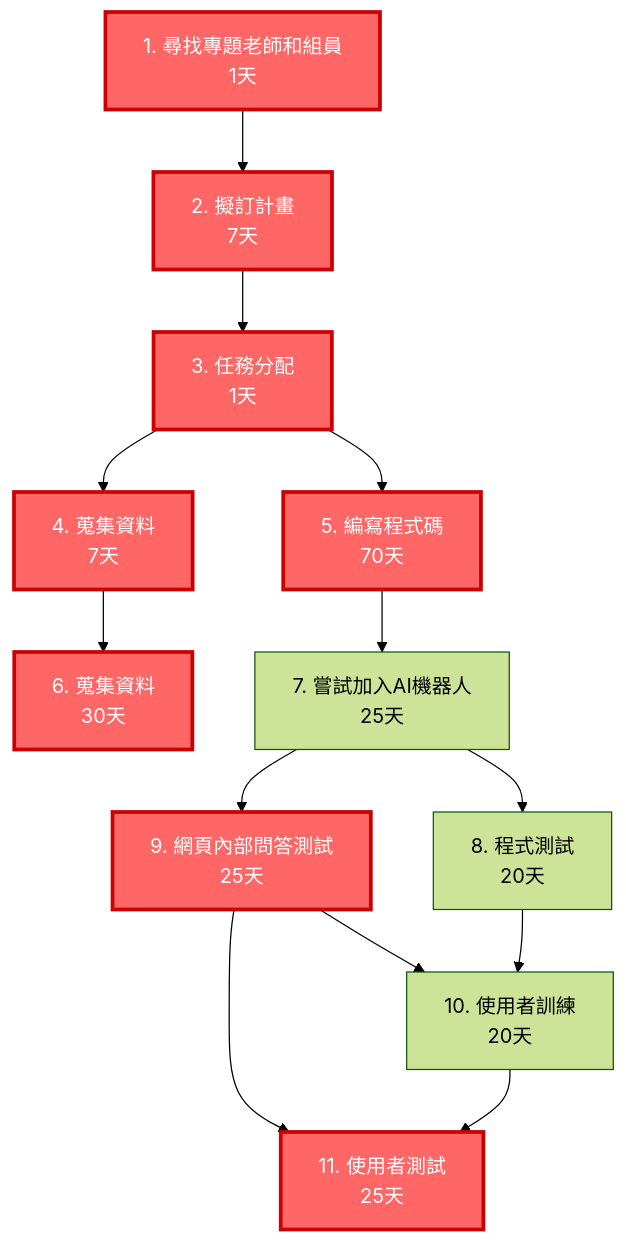
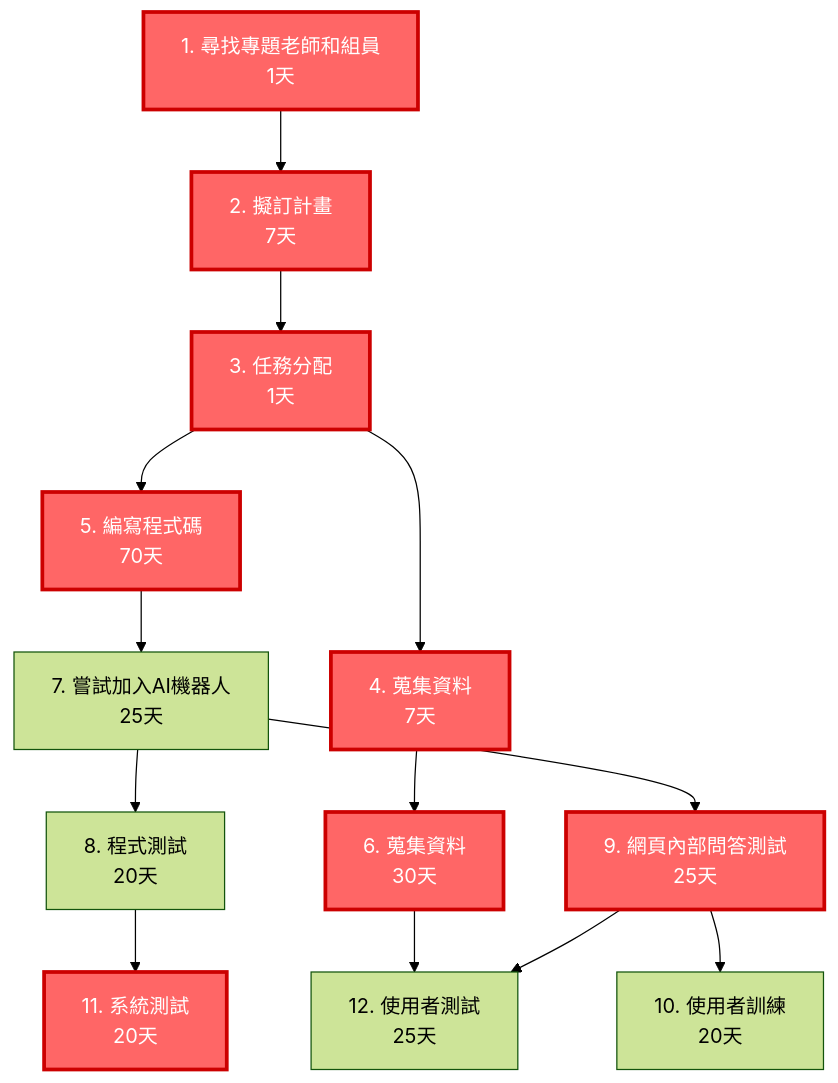
One commit to c112118202-droid/- changed the first of 3 diagrams in hw2.md. Above: the diagram before and after it, drawn with Mermaid (forest theme).

````diff
--- a/hw2.md
+++ b/hw2.md
@@ -8,19 +8,19 @@
 ```mermaid
 graph TD
     A[1. 尋找專題老師和組員<br/>1天] --> B[2. 擬訂計畫<br/>7天]
     B --> C[3. 任務分配<br/>1天]
     C --> D[4. 蒐集資料<br/>7天]
     C --> E[5. 編寫程式碼<br/>70天]
     D --> F[6. 蒐集資料<br/>30天]
     E --> G[7. 嘗試加入AI機器人<br/>25天]
     G --> H[8. 程式測試<br/>20天]
     G --> I[9. 網頁內部問答測試<br/>25天]
     I --> J[10. 使用者訓練<br/>20天]
-    H --> J
-    I --> K[11. 使用者測試<br/>25天]
-    J --> K
+    H --> K[11. 系統測試<br/>20天]
+    I --> L[12. 使用者測試<br/>25天]
+    F --> L
     
     class A,B,C,D,E,F,I,K critical
     classDef critical fill:#ff6666,stroke:#cc0000,stroke-width:3px,color:#ffffff;
     classDef normal fill:#f0f0f0,stroke:#333,stroke-width:2px,color:#000000;
 ```
````
